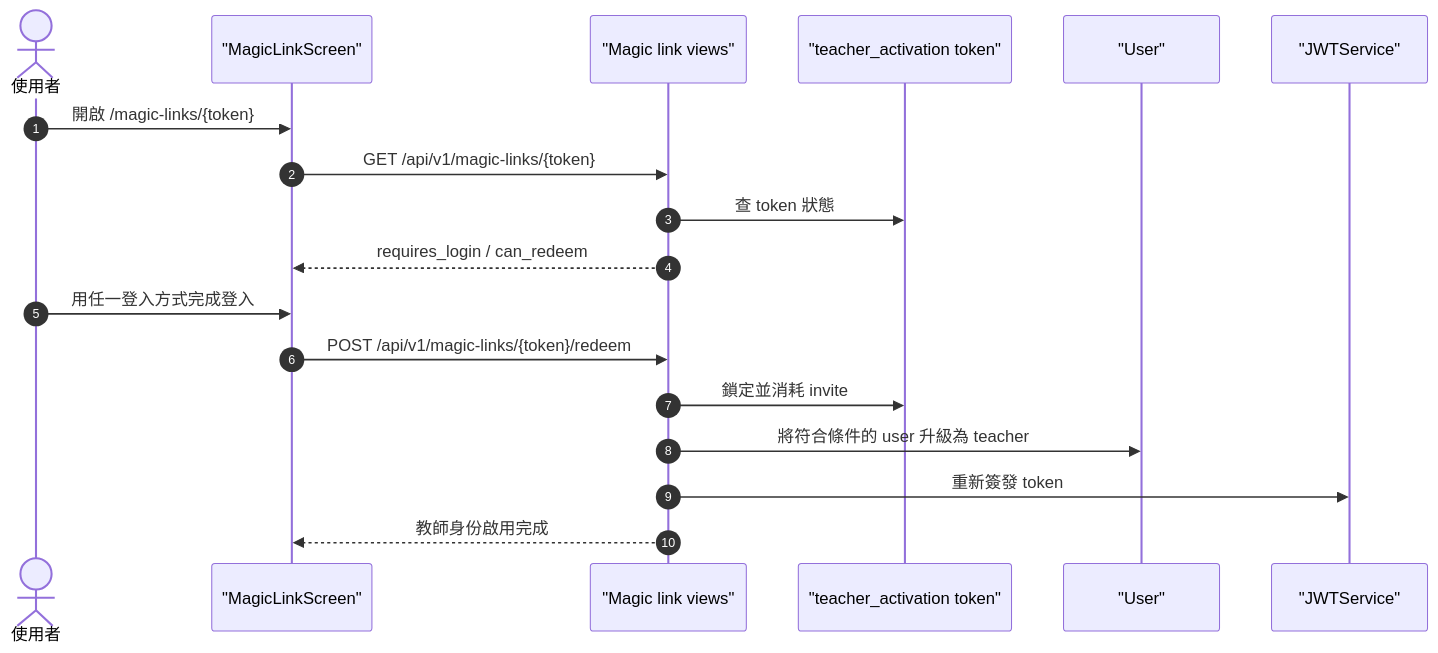
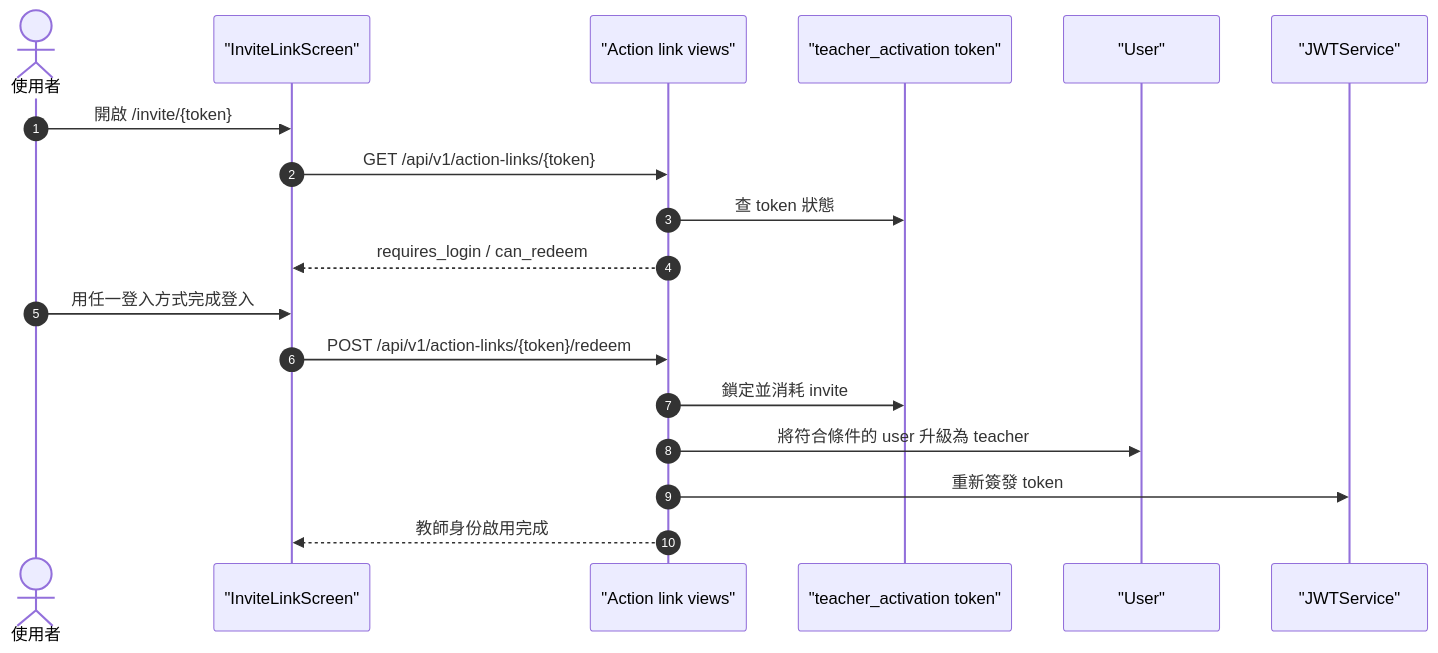
The sixth of 6 diagrams in frontend/public/docs/zh-TW/identity-auth-extension.md (quan0715/QJudge), drawn with Mermaid before and after one commit. The commit also changed other lines of this file and 51 other files, not shown here.

Commit message:
refactor(auth): replace magic links with action links

````diff
--- a/frontend/public/docs/zh-TW/identity-auth-extension.md
+++ b/frontend/public/docs/zh-TW/identity-auth-extension.md
@@ -518,21 +518,21 @@
 ```mermaid
 sequenceDiagram
     autonumber
     actor U as 使用者
-    participant FE as "MagicLinkScreen"
-    participant API as "Magic link views"
+    participant FE as "InviteLinkScreen"
+    participant API as "Action link views"
     participant Invite as "teacher_activation token"
     participant DB as "User"
     participant JWT as "JWTService"
 
-    U->>FE: 開啟 /magic-links/{token}
-    FE->>API: GET /api/v1/magic-links/{token}
+    U->>FE: 開啟 /invite/{token}
+    FE->>API: GET /api/v1/action-links/{token}
     API->>Invite: 查 token 狀態
     API-->>FE: requires_login / can_redeem
     U->>FE: 用任一登入方式完成登入
-    FE->>API: POST /api/v1/magic-links/{token}/redeem
+    FE->>API: POST /api/v1/action-links/{token}/redeem
     API->>Invite: 鎖定並消耗 invite
     API->>DB: 將符合條件的 user 升級為 teacher
     API->>JWT: 重新簽發 token
     API-->>FE: 教師身份啟用完成
 ```
````
